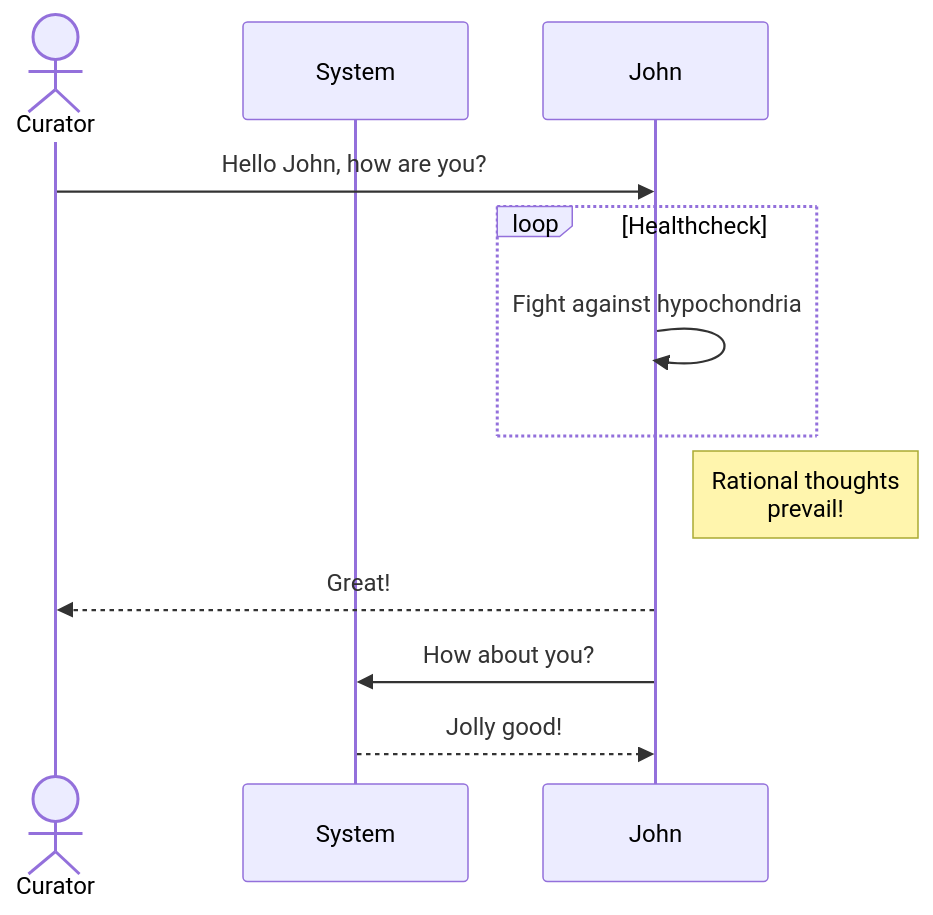
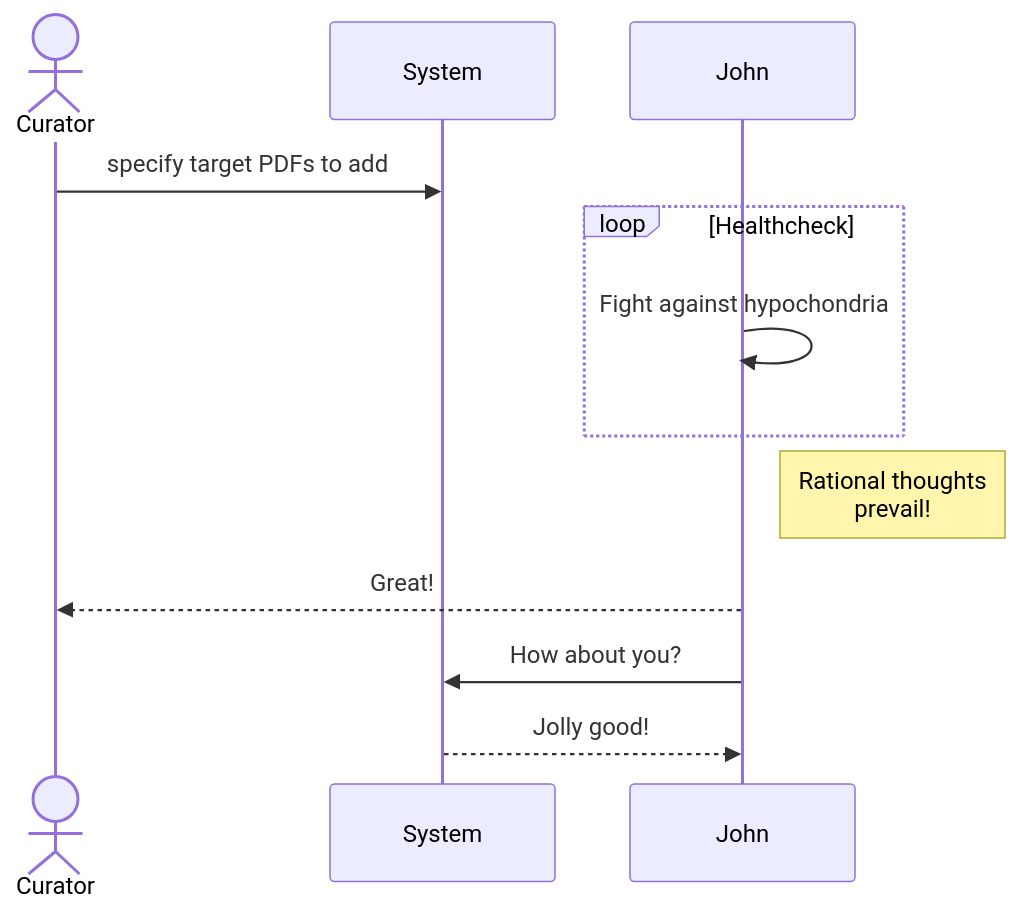
Before and after one commit to drew-wks/ASK: the diagram in docs/library_admin_processes.md, drawn with Mermaid.

````diff
--- a/docs/library_admin_processes.md
+++ b/docs/library_admin_processes.md
@@ -5,13 +5,13 @@
 ```mermaid
 sequenceDiagram
     actor Curator
     participant System
-    Curator->>John: Hello John, how are you?
+    Curator->>System: specify target PDFs to add
     loop Healthcheck
         John->>John: Fight against hypochondria
     end
     Note right of John: Rational thoughts <br/>prevail!
     John-->>Curator: Great!
     John->>System: How about you?
     System-->>John: Jolly good!
 ```
````
